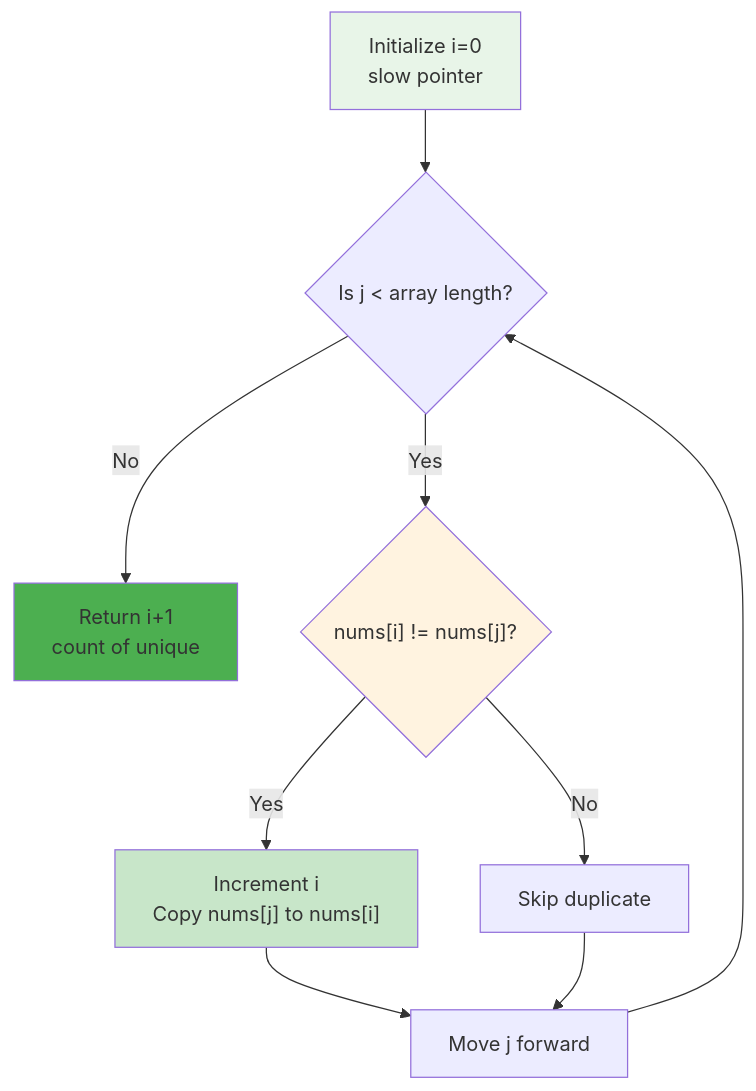
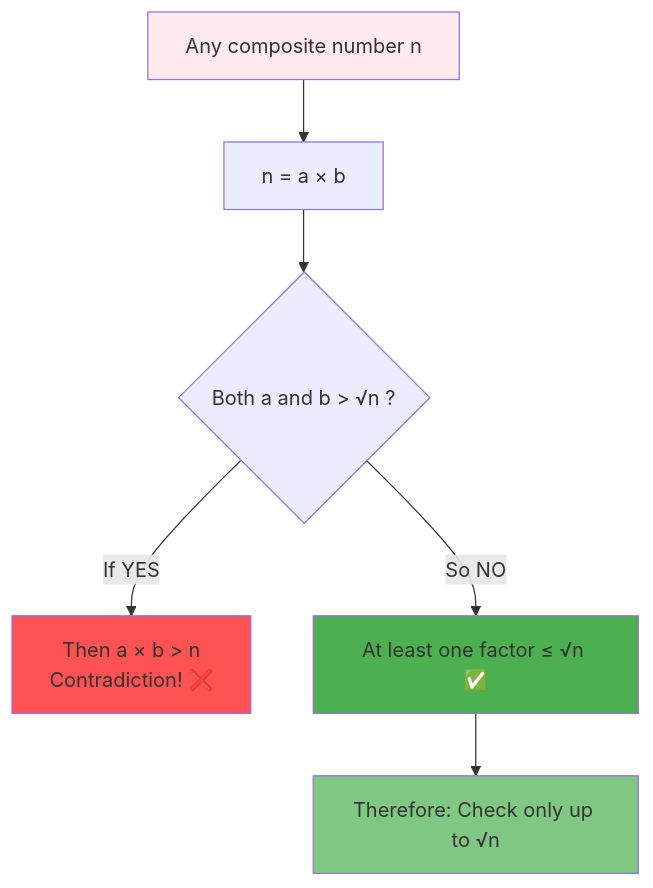
Before and after one commit to LuckyLongre123/README_RUNNER: the eighth of 13 diagrams in README.md, drawn with Mermaid. The commit also changed other lines of this file, not shown here.

````diff
--- a/README.md
+++ b/README.md
@@ -211,16 +228,13 @@
 ```mermaid
 flowchart TD
-    A["Initialize i=0<br/>slow pointer"] --> B{"Is j < array length?"}
-    B -->|No| G["Return i+1<br/>count of unique"]
-    B -->|Yes| C{"nums[i] != nums[j]?"}
-    C -->|Yes| D["Increment i<br/>Copy nums[j] to nums[i]"]
-    C -->|No| E["Skip duplicate"]
-    D --> F["Move j forward"]
-    E --> F
-    F --> B
+    A[Any composite number n] --> B[n = a × b]
+    B --> C{Both a and b > √n ?}
+    C -->|If YES| D[Then a × b > n<br/>Contradiction! ❌]
+    C -->|So NO| E[At least one factor ≤ √n ✅]
+    E --> F[Therefore: Check only up to √n]
     
-    style A fill:#e8f5e8
-    style C fill:#fff3e0
-    style D fill:#c8e6c9
-    style G fill:#4caf50
+    style A fill:#ffebee
+    style D fill:#ff5252
+    style E fill:#4caf50
+    style F fill:#81c784
 ```
````
